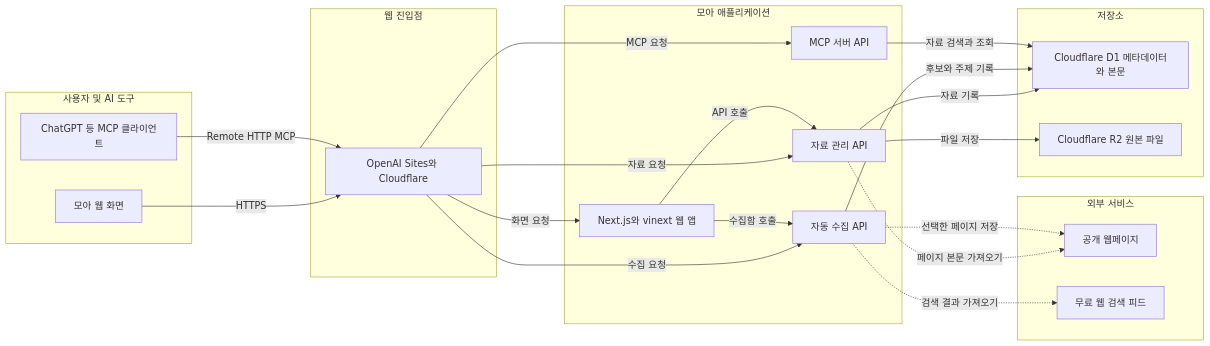
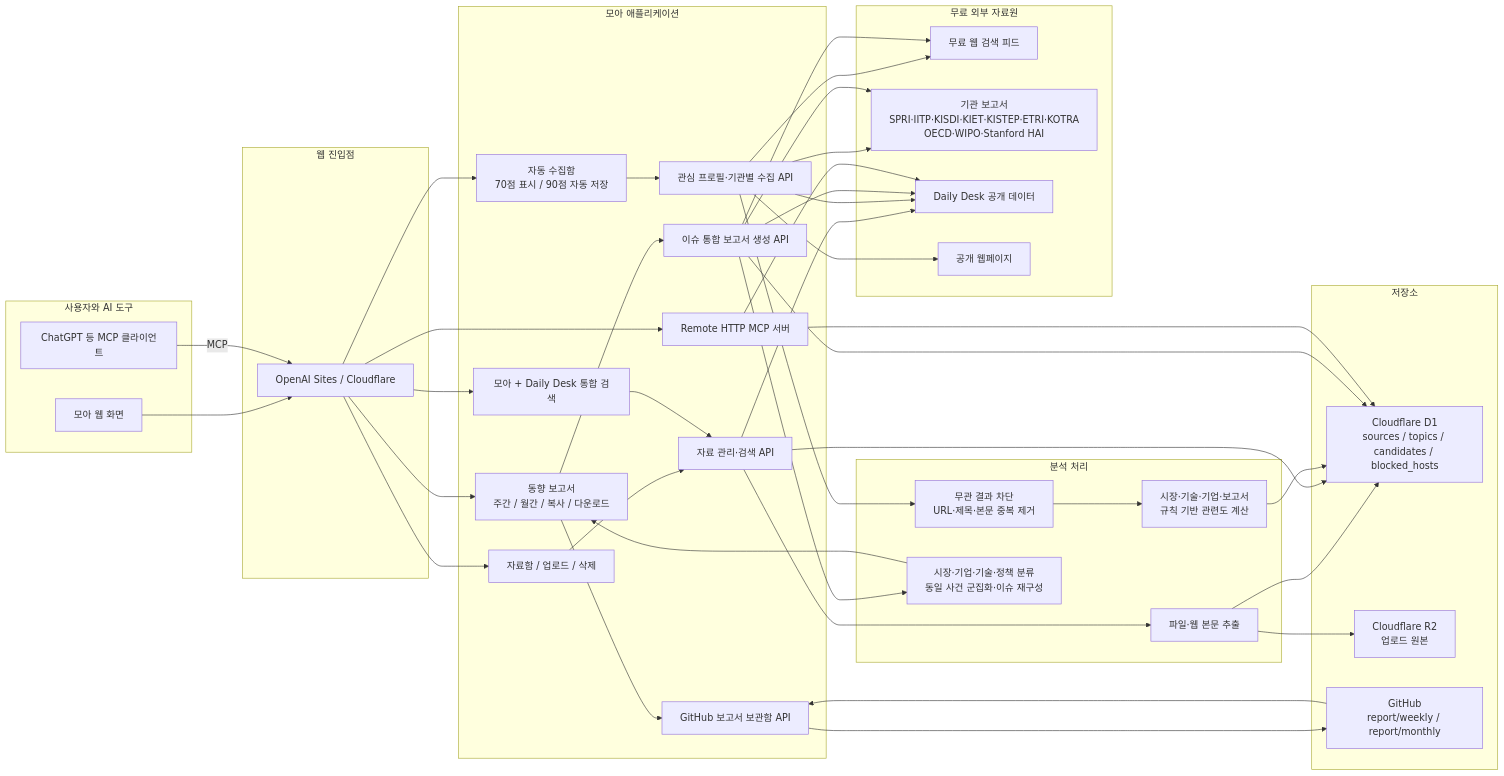
One commit to dhkim-0711/Moa changed the diagram in docs/moa-architecture.mmd. Above: the diagram before and after it, drawn with Mermaid. The commit also changed 2 other files, not shown here.

Commit message:
Update Moa documentation and architecture

```diff
--- a/docs/moa-architecture.mmd
+++ b/docs/moa-architecture.mmd
@@ -1,38 +1,76 @@
 flowchart LR
-    subgraph client ["사용자 및 AI 도구"]
+    subgraph client ["사용자와 AI 도구"]
         browser["모아 웹 화면"]
         aiClient["ChatGPT 등 MCP 클라이언트"]
     end
+
     subgraph gateway ["웹 진입점"]
-        sites["OpenAI Sites와 Cloudflare"]
-    end
-    subgraph service ["모아 애플리케이션"]
-        webApp["Next.js와 vinext 웹 앱"]
-        sourceApi["자료 관리 API"]
-        discoveryApi["자동 수집 API"]
-        mcpApi["MCP 서버 API"]
-    end
-    subgraph datastore ["저장소"]
-        d1["Cloudflare D1 메타데이터와 본문"]
-        r2["Cloudflare R2 원본 파일"]
-    end
-    subgraph external ["외부 서비스"]
-        publicWeb["공개 웹페이지"]
-        searchFeed["무료 웹 검색 피드"]
+        sites["OpenAI Sites / Cloudflare"]
     end
 
-    browser -->|"HTTPS"| sites
-    aiClient -->|"Remote HTTP MCP"| sites
-    sites -->|"화면 요청"| webApp
-    sites -->|"자료 요청"| sourceApi
-    sites -->|"수집 요청"| discoveryApi
-    sites -->|"MCP 요청"| mcpApi
-    webApp -->|"API 호출"| sourceApi
-    webApp -->|"수집함 호출"| discoveryApi
-    sourceApi -->|"자료 기록"| d1
-    sourceApi -->|"파일 저장"| r2
-    discoveryApi -->|"후보와 주제 기록"| d1
-    mcpApi -->|"자료 검색과 조회"| d1
-    sourceApi -.->|"페이지 본문 가져오기"| publicWeb
-    discoveryApi -.->|"검색 결과 가져오기"| searchFeed
-    discoveryApi -.->|"선택한 페이지 저장"| publicWeb
+    subgraph application ["모아 애플리케이션"]
+        library["자료함 / 업로드 / 삭제"]
+        searchUi["모아 + Daily Desk 통합 검색"]
+        discoveryUi["자동 수집함<br/>70점 표시 / 90점 자동 저장"]
+        reportUi["동향 보고서<br/>주간 / 월간 / 복사 / 다운로드"]
+        sourceApi["자료 관리·검색 API"]
+        discoveryApi["관심 프로필·기관별 수집 API"]
+        trendApi["이슈 통합 보고서 생성 API"]
+        archiveApi["GitHub 보고서 보관함 API"]
+        mcpApi["Remote HTTP MCP 서버"]
+    end
+
+    subgraph processing ["분석 처리"]
+        extract["파일·웹 본문 추출"]
+        filter["무관 결과 차단<br/>URL·제목·본문 중복 제거"]
+        scoring["시장·기술·기업·보고서<br/>규칙 기반 관련도 계산"]
+        synthesis["시장·기업·기술·정책 분류<br/>동일 사건 군집화·이슈 재구성"]
+    end
+
+    subgraph storage ["저장소"]
+        d1["Cloudflare D1<br/>sources / topics / candidates / blocked_hosts"]
+        r2["Cloudflare R2<br/>업로드 원본"]
+        github["GitHub<br/>report/weekly / report/monthly"]
+    end
+
+    subgraph external ["무료 외부 자료원"]
+        freeSearch["무료 웹 검색 피드"]
+        institutions["기관 보고서<br/>SPRI·IITP·KISDI·KIET·KISTEP·ETRI·KOTRA<br/>OECD·WIPO·Stanford HAI"]
+        dailyDesk["Daily Desk 공개 데이터"]
+        publicWeb["공개 웹페이지"]
+    end
+
+    browser --> sites
+    aiClient -->|"MCP"| sites
+    sites --> library
+    sites --> searchUi
+    sites --> discoveryUi
+    sites --> reportUi
+    sites --> mcpApi
+
+    library --> sourceApi --> extract
+    searchUi --> sourceApi
+    discoveryUi --> discoveryApi
+    reportUi --> trendApi
+    reportUi --> archiveApi
+
+    extract --> d1
+    extract --> r2
+    sourceApi --> d1
+    sourceApi --> dailyDesk
+
+    discoveryApi --> freeSearch
+    discoveryApi --> institutions
+    discoveryApi --> dailyDesk
+    discoveryApi --> filter --> scoring --> d1
+    discoveryApi --> publicWeb
+
+    trendApi --> d1
+    trendApi --> dailyDesk
+    trendApi --> freeSearch
+    trendApi --> institutions
+    trendApi --> synthesis --> reportUi
+
+    archiveApi --> github --> archiveApi
+    mcpApi --> d1
+    mcpApi --> dailyDesk
```
